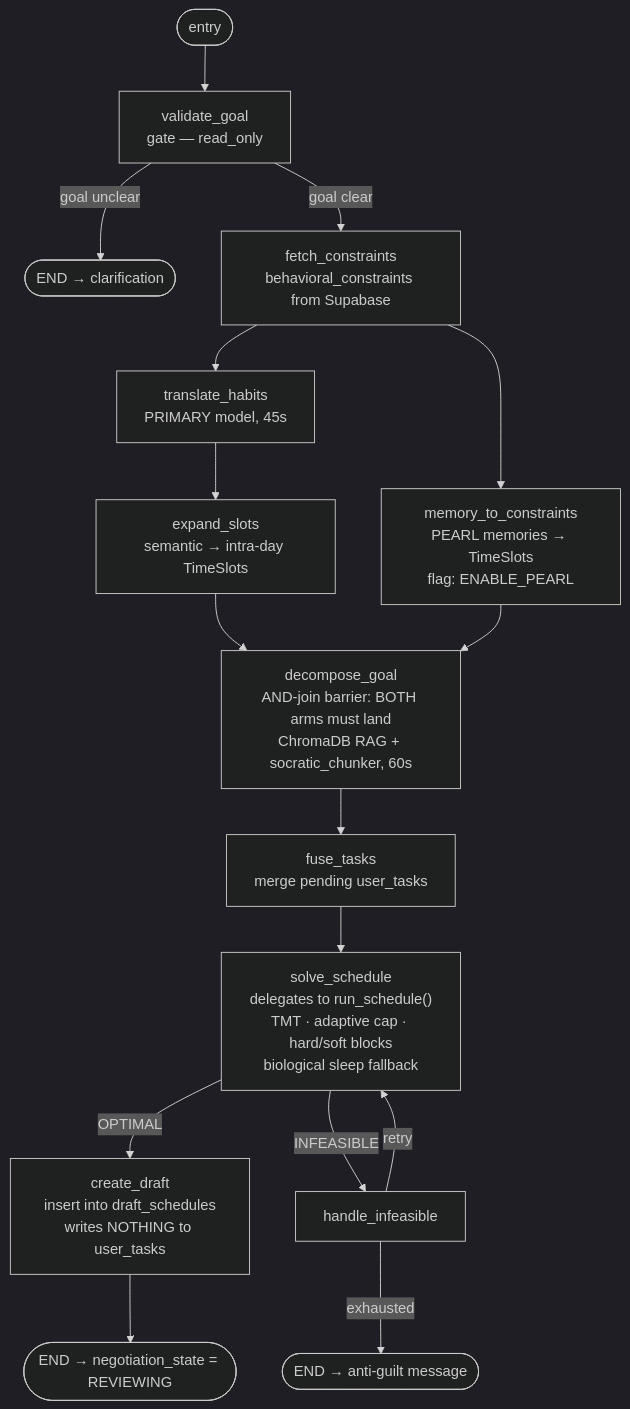
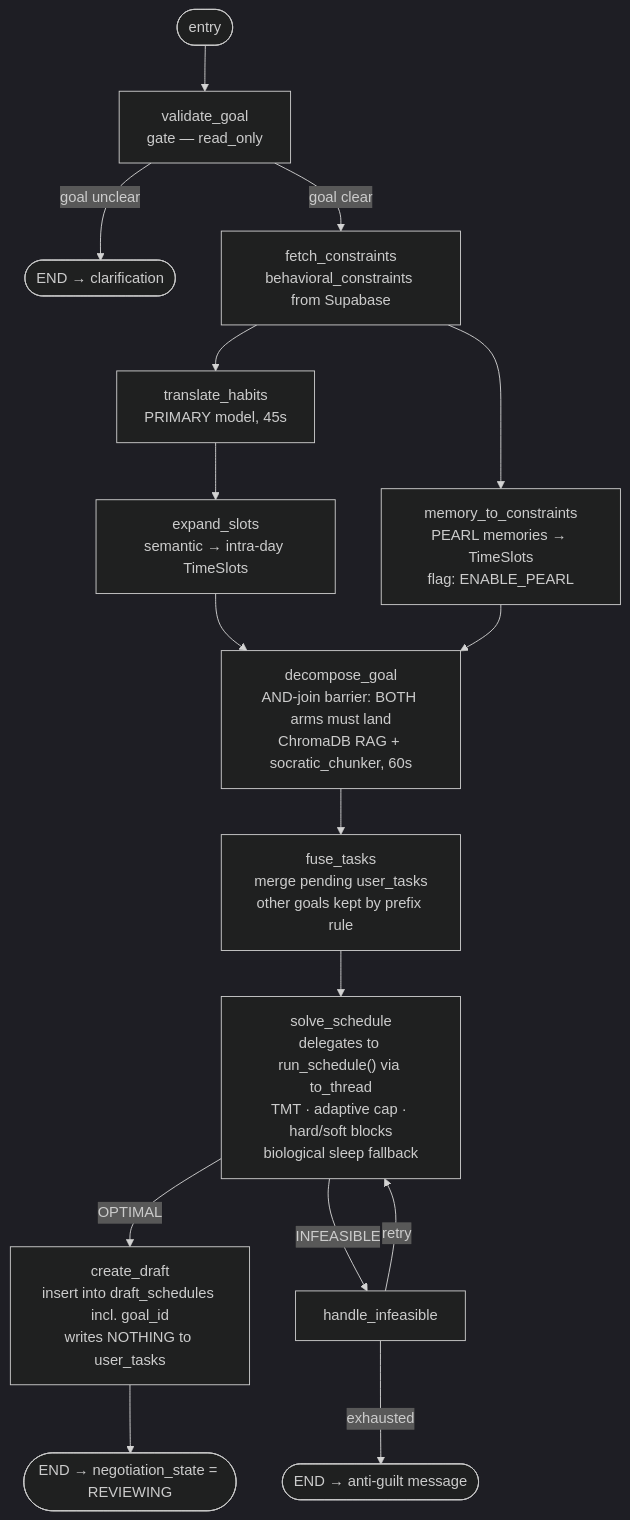
One commit to HackHeroic/Jarvis-Engine changed the second of 3 diagrams in docs/PROJECT_STATUS.md. Above: the diagram before and after it, drawn with Mermaid (dark theme). The commit also changed other lines of this file, not shown here.

````diff
--- a/docs/PROJECT_STATUS.md
+++ b/docs/PROJECT_STATUS.md
@@ -120,23 +123,23 @@
 ```mermaid
 flowchart TD
     START([entry]) --> VG["validate_goal<br/>gate — read_only"]
     VG -->|goal unclear| ENDA(["END → clarification"])
     VG -->|goal clear| FC["fetch_constraints<br/>behavioral_constraints from Supabase"]
 
     FC --> TH["translate_habits<br/>PRIMARY model, 45s"]
     FC --> M2C["memory_to_constraints<br/>PEARL memories → TimeSlots<br/>flag: ENABLE_PEARL"]
     TH --> ES["expand_slots<br/>semantic → intra-day TimeSlots"]
 
     ES --> DG
     M2C --> DG
     DG["decompose_goal<br/>AND-join barrier: BOTH arms must land<br/>ChromaDB RAG + socratic_chunker, 60s"]
 
-    DG --> FT["fuse_tasks<br/>merge pending user_tasks"]
-    FT --> SS["solve_schedule<br/>delegates to run_schedule()<br/>TMT · adaptive cap · hard/soft blocks<br/>biological sleep fallback"]
+    DG --> FT["fuse_tasks<br/>merge pending user_tasks<br/>other goals kept by prefix rule"]
+    FT --> SS["solve_schedule<br/>delegates to run_schedule() via to_thread<br/>TMT · adaptive cap · hard/soft blocks<br/>biological sleep fallback"]
 
-    SS -->|OPTIMAL| CD["create_draft<br/>insert into draft_schedules<br/>writes NOTHING to user_tasks"]
+    SS -->|OPTIMAL| CD["create_draft<br/>insert into draft_schedules incl. goal_id<br/>writes NOTHING to user_tasks"]
     SS -->|INFEASIBLE| HI["handle_infeasible"]
     HI -->|retry| SS
     HI -->|exhausted| ENDB(["END → anti-guilt message"])
     CD --> ENDC(["END → negotiation_state = REVIEWING"])
 ```
````
